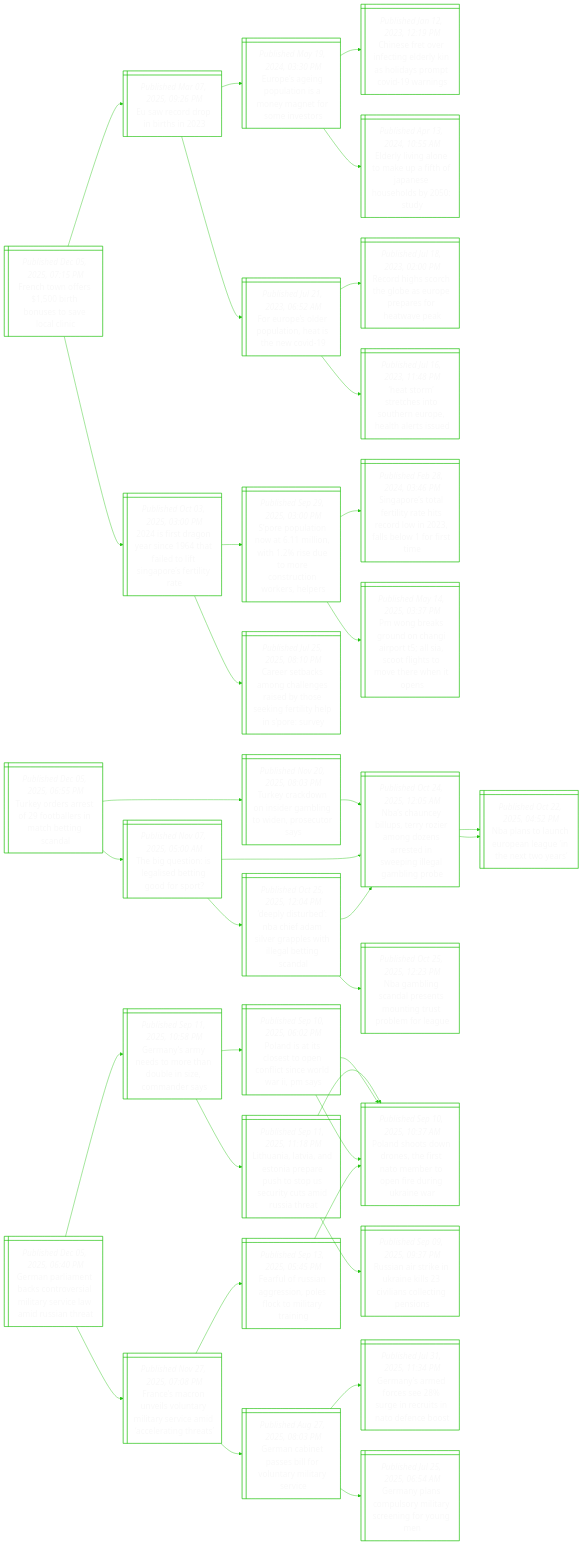
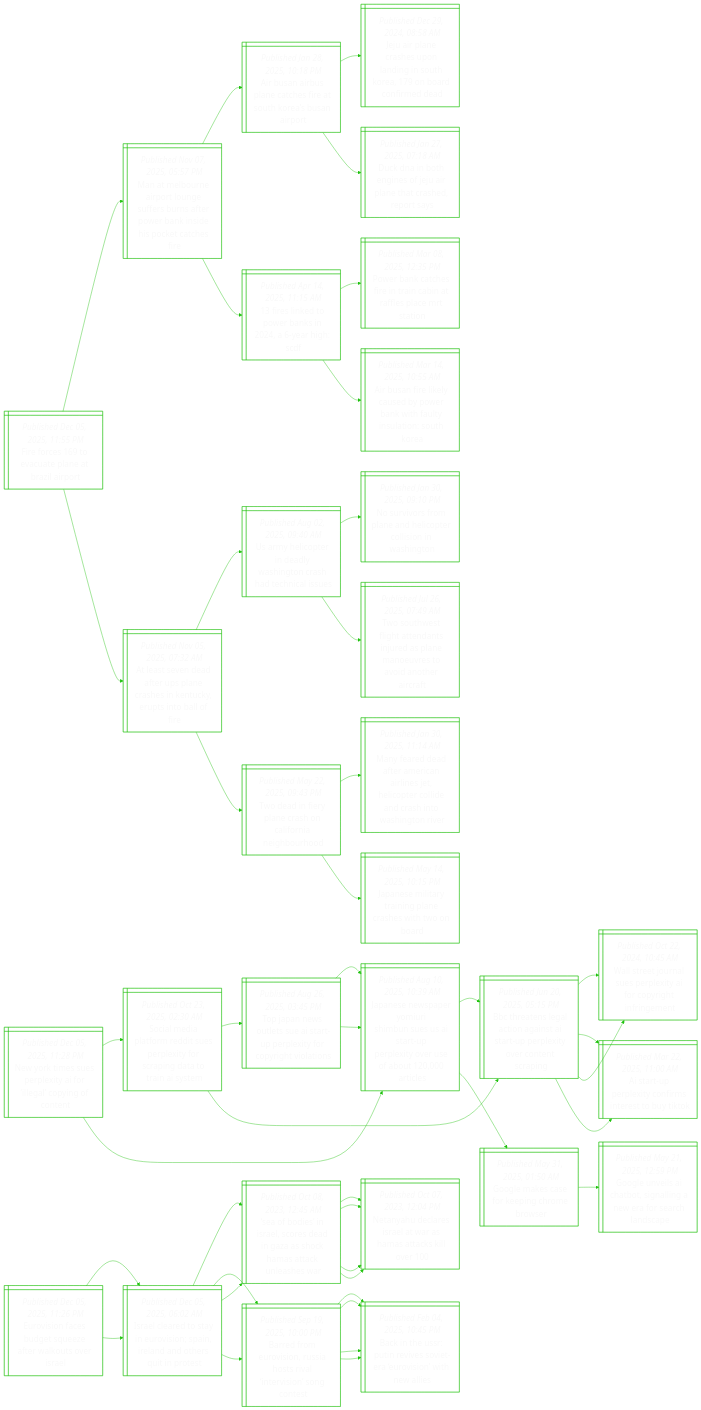
The diagram in README.md (notJmes/notJmes), drawn with Mermaid before and after one commit. The commit also changed other lines of this file, not shown here.

````diff
--- a/README.md
+++ b/README.md
@@ -16,118 +16,139 @@
 flowchart LR
 classDef txtsize font-size:20px;
 
-Fhoshssol@{ shape: win-pane, label: "_Published Dec 05, 2025, 07:15 PM_
-French town offers $1,500 birth bonuses to save local clinic" }
-Erdit@{ shape: win-pane, label: "_Published Mar 07, 2025, 09:26 PM_
-Eu saw record drop in births in 2023" }
-Eeipiayesno@{ shape: win-pane, label: "_Published May 19, 2024, 03:30 PM_
-Europe’s ageing population is a money magnet for some investors" }
-CstitlysdrCwn@{ shape: win-pane, label: "_Published Jan 12, 2023, 12:19 PM_
-Chinese fret over infecting elderly kin as holidays prompt covid-19 warnings" }
-Eliomptassdt@{ shape: win-pane, label: "_Published Apr 13, 2024, 10:55 AM_
-Elderly living alone to make up a fifth of japanese households by 2050: study" }
-Fropahsei@{ shape: win-pane, label: "_Published Jul 21, 2023, 06:52 AM_
-For europe’s older population, heat is the new covid-19" }
-Rdscgaoesevk@{ shape: win-pane, label: "_Published Jul 18, 2023, 02:00 PM_
-Record highs scorch the globe as europe prepares for heatwave peak" }
-HtthttEetrs@{ shape: win-pane, label: "_Published Jul 16, 2023, 11:48 PM_
-‘heat storm’ stretches into southern europe, health alerts issued" }
-isgacteinrrte@{ shape: win-pane, label: "_Published Oct 03, 2025, 03:00 PM_
-2024 is first dragon year since 1964 that failed to lift singapore’s fertility rate" }
-Spanmohdmounel@{ shape: win-pane, label: "_Published Sep 29, 2025, 03:00 PM_
-S’pore population now at 6.11 million, with 1.2% rise due to more construction workers, helpers" }
-Sptflatowllrt@{ shape: win-pane, label: "_Published Feb 28, 2024, 03:46 PM_
-Singapore’s total fertility rate hits record low in 2023, falls below 1 for first time" }
-PgkuCiolSftoeep@{ shape: win-pane, label: "_Published May 14, 2025, 03:37 PM_
-Pm wong breaks ground on changi airport t5; all sia, scoot flights to move there when it opens" }
-Cramhnabskeilpu@{ shape: win-pane, label: "_Published Jul 25, 2025, 08:10 PM_
-Career setbacks among challenges raised by those seeking fertility help in s’pore: survey" }
+Fotcpazr@{ shape: win-pane, label: "_Published Dec 05, 2025, 11:55 PM_
+Fire forces 169 to evacuate plane at brazil airport" }
+MMuitgfufoasiktf@{ shape: win-pane, label: "_Published Nov 07, 2025, 05:57 PM_
+Man at melbourne airport lounge suffers burns after power bank inside his pocket catches fire" }
+Asrlasatesr@{ shape: win-pane, label: "_Published Jan 28, 2025, 10:18 PM_
+Air busan airbus plane catches fire at south korea’s busan airport" }
+Jinspniteooma@{ shape: win-pane, label: "_Published Dec 29, 2024, 08:58 AM_
+Jeju air plane crashes upon landing in south korea, 179 on board confirmed dead" }
+DNogoulhart@{ shape: win-pane, label: "_Published Jan 27, 2025, 07:18 AM_
+Duck dna in both engines of jeju air plane that crashed, report says" }
+fldwnahC@{ shape: win-pane, label: "_Published Apr 14, 2025, 11:15 AM_
+13 fires linked to power banks in 2024, a 6-year high: scdf" }
+Pbasiiiasetn@{ shape: win-pane, label: "_Published Mar 08, 2025, 12:35 PM_
+Power bank catches fire in train cabin at raffles place mrt station" }
+AsreuyrwaiaSK@{ shape: win-pane, label: "_Published Mar 14, 2025, 10:55 AM_
+Air busan fire likely caused by power bank with faulty insulation: south korea" }
+Asedrlrsnytooe@{ shape: win-pane, label: "_Published Nov 05, 2025, 07:32 AM_
+At least seven dead after ups plane crashes in kentucky, erupts into ball of fire" }
+Uycraagrahle@{ shape: win-pane, label: "_Published Aug 02, 2025, 09:40 AM_
+Us army helicopter in deadly washington crash had technical issues" }
+Nvspaltloag@{ shape: win-pane, label: "_Published Jan 30, 2025, 09:10 PM_
+No survivors from plane and helicopter collision in washington" }
+Tusgtnjanoevnrr@{ shape: win-pane, label: "_Published Jul 26, 2025, 07:49 AM_
+Two southwest flight attendants injured as plane manoeuvres to avoid another aircraft" }
+Tailrnfahh@{ shape: win-pane, label: "_Published May 22, 2025, 09:43 PM_
+Two dead in fiery plane crash on california neighbourhood" }
+Medfmaljltlaathoe@{ shape: win-pane, label: "_Published Jan 30, 2025, 11:14 AM_
+Many feared dead after american airlines jet, helicopter collide and crash into washington river" }
+Jelynlrstb@{ shape: win-pane, label: "_Published May 14, 2025, 10:15 PM_
+Japanese military training plane crashes with two on board" }
 
-Fhoshssol:::txtsize --> Erdit:::txtsize
-Erdit:::txtsize --> Eeipiayesno:::txtsize
-Eeipiayesno:::txtsize --> CstitlysdrCwn:::txtsize
-Eeipiayesno:::txtsize --> Eliomptassdt:::txtsize
-Erdit:::txtsize --> Fropahsei:::txtsize
-Fropahsei:::txtsize --> Rdscgaoesevk:::txtsize
-Fropahsei:::txtsize --> HtthttEetrs:::txtsize
-Fhoshssol:::txtsize --> isgacteinrrte:::txtsize
-isgacteinrrte:::txtsize --> Spanmohdmounel:::txtsize
-Spanmohdmounel:::txtsize --> Sptflatowllrt:::txtsize
-Spanmohdmounel:::txtsize --> PgkuCiolSftoeep:::txtsize
-isgacteinrrte:::txtsize --> Cramhnabskeilpu:::txtsize
+Fotcpazr:::txtsize --> MMuitgfufoasiktf:::txtsize
+MMuitgfufoasiktf:::txtsize --> Asrlasatesr:::txtsize
+Asrlasatesr:::txtsize --> Jinspniteooma:::txtsize
+Asrlasatesr:::txtsize --> DNogoulhart:::txtsize
+MMuitgfufoasiktf:::txtsize --> fldwnahC:::txtsize
+fldwnahC:::txtsize --> Pbasiiiasetn:::txtsize
+fldwnahC:::txtsize --> AsreuyrwaiaSK:::txtsize
+Fotcpazr:::txtsize --> Asedrlrsnytooe:::txtsize
+Asedrlrsnytooe:::txtsize --> Uycraagrahle:::txtsize
+Uycraagrahle:::txtsize --> Nvspaltloag:::txtsize
+Uycraagrahle:::txtsize --> Tusgtnjanoevnrr:::txtsize
+Asedrlrsnytooe:::txtsize --> Tailrnfahh:::txtsize
+Tailrnfahh:::txtsize --> Medfmaljltlaathoe:::txtsize
+Tailrnfahh:::txtsize --> Jelynlrstb:::txtsize
 
-Tyrefasttsa@{ shape: win-pane, label: "_Published Dec 05, 2025, 06:55 PM_
-Turkey orders arrest of 29 footballers in match betting scandal" }
-Tykoianirua@{ shape: win-pane, label: "_Published Nov 20, 2025, 08:03 PM_
-Turkey crackdown on insider gambling to widen, prosecutor says" }
-Nheleoadssnplllr@{ shape: win-pane, label: "_Published Oct 24, 2025, 12:05 AM_
-Nba’s chauncey billups, terry rozier among dozens arrested in sweeping illegal gambling probe" }
-Nalhpeinwr@{ shape: win-pane, label: "_Published Oct 22, 2025, 04:52 PM_
-Nba plans to launch european league ‘in the next two years’" }
-Tgtslbndp@{ shape: win-pane, label: "_Published Nov 07, 2025, 05:00 AM_
-The big question: is legalised betting good for sport?" }
-Nheleoadssnplllr@{ shape: win-pane, label: "_Published Oct 24, 2025, 12:05 AM_
-Nba’s chauncey billups, terry rozier among dozens arrested in sweeping illegal gambling probe" }
-Nalhpeinwr@{ shape: win-pane, label: "_Published Oct 22, 2025, 04:52 PM_
-Nba plans to launch european league ‘in the next two years’" }
-DyuNiavasiatcl@{ shape: win-pane, label: "_Published Oct 25, 2025, 12:04 PM_
-‘deeply disturbed’: nba chief adam silver grapples with illegal betting scandal" }
-Nheleoadssnplllr@{ shape: win-pane, label: "_Published Oct 24, 2025, 12:05 AM_
-Nba’s chauncey billups, terry rozier among dozens arrested in sweeping illegal gambling probe" }
-Nmgdestrrme@{ shape: win-pane, label: "_Published Oct 25, 2025, 12:23 PM_
-Nba gambling scandal presents mounting trust problem for league" }
+Nreslyrgpot@{ shape: win-pane, label: "_Published Dec 05, 2025, 11:28 PM_
+New york times sues perplexity ai for ‘illegal’ copying of content" }
+Slafesexoadons@{ shape: win-pane, label: "_Published Oct 23, 2025, 02:30 AM_
+Social media platform reddit sues perplexity for scraping data to train ai system" }
+Tpwlutplyogoo@{ shape: win-pane, label: "_Published Aug 26, 2025, 03:45 PM_
+Top japan news outlets sue ai start-up perplexity for copyright violations" }
+JeweihnUtplyuaal@{ shape: win-pane, label: "_Published Aug 10, 2025, 10:39 AM_
+Japanese newspaper yomiuri shimbun sues us ai start-up perplexity over use of about 120,000 articles" }
+JeweihnUtplyuaal@{ shape: win-pane, label: "_Published Aug 10, 2025, 10:39 AM_
+Japanese newspaper yomiuri shimbun sues us ai start-up perplexity over use of about 120,000 articles" }
+BrnaiaArexvnsi@{ shape: win-pane, label: "_Published Jun 20, 2025, 05:15 PM_
+Bbc threatens legal action against ai start-up perplexity over content scraping" }
+WtJaslyrrinn@{ shape: win-pane, label: "_Published Oct 22, 2024, 10:45 AM_
+Wall street journal sues perplexity ai for copyright infringement" }
+ArexometTk@{ shape: win-pane, label: "_Published Mar 22, 2025, 11:00 AM_
+Ai start-up perplexity confirms interest to buy tiktok" }
+JeweihnUtplyuaal@{ shape: win-pane, label: "_Published Aug 10, 2025, 10:39 AM_
+Japanese newspaper yomiuri shimbun sues us ai start-up perplexity over use of about 120,000 articles" }
+BrnaiaArexvnsi@{ shape: win-pane, label: "_Published Jun 20, 2025, 05:15 PM_
+Bbc threatens legal action against ai start-up perplexity over content scraping" }
+WtJaslyrrinn@{ shape: win-pane, label: "_Published Oct 22, 2024, 10:45 AM_
+Wall street journal sues perplexity ai for copyright infringement" }
+ArexometTk@{ shape: win-pane, label: "_Published Mar 22, 2025, 11:00 AM_
+Ai start-up perplexity confirms interest to buy tiktok" }
+GesfeCes@{ shape: win-pane, label: "_Published May 31, 2025, 01:50 AM_
+Google makes case for keeping chrome browser" }
+Geiconnwornp@{ shape: win-pane, label: "_Published May 21, 2025, 12:59 PM_
+Google unveils ai chatbot, signalling a new era for search landscape" }
 
-Tyrefasttsa:::txtsize --> Tykoianirua:::txtsize
-Tykoianirua:::txtsize --> Nheleoadssnplllr:::txtsize
-Nheleoadssnplllr:::txtsize --> Nalhpeinwr:::txtsize
-Tyrefasttsa:::txtsize --> Tgtslbndp:::txtsize
-Tgtslbndp:::txtsize --> Nheleoadssnplllr:::txtsize
-Nheleoadssnplllr:::txtsize --> Nalhpeinwr:::txtsize
-Tgtslbndp:::txtsize --> DyuNiavasiatcl:::txtsize
-DyuNiavasiatcl:::txtsize --> Nheleoadssnplllr:::txtsize
-DyuNiavasiatcl:::txtsize --> Nmgdestrrme:::txtsize
+Nreslyrgpot:::txtsize --> Slafesexoadons:::txtsize
+Slafesexoadons:::txtsize --> Tpwlutplyogoo:::txtsize
+Tpwlutplyogoo:::txtsize --> JeweihnUtplyuaal:::txtsize
+Tpwlutplyogoo:::txtsize --> JeweihnUtplyuaal:::txtsize
+Slafesexoadons:::txtsize --> BrnaiaArexvnsi:::txtsize
+BrnaiaArexvnsi:::txtsize --> WtJaslyrrinn:::txtsize
+BrnaiaArexvnsi:::txtsize --> ArexometTk:::txtsize
+Nreslyrgpot:::txtsize --> JeweihnUtplyuaal:::txtsize
+JeweihnUtplyuaal:::txtsize --> BrnaiaArexvnsi:::txtsize
+BrnaiaArexvnsi:::txtsize --> WtJaslyrrinn:::txtsize
+BrnaiaArexvnsi:::txtsize --> ArexometTk:::txtsize
+JeweihnUtplyuaal:::txtsize --> GesfeCes:::txtsize
+GesfeCes:::txtsize --> Geiconnwornp:::txtsize
 
-Gnitsrsirvadir@{ shape: win-pane, label: "_Published Dec 05, 2025, 06:40 PM_
-German parliament backs controversial military service law amid russian threat" }
-Gnmdoabsody@{ shape: win-pane, label: "_Published Sep 11, 2025, 10:58 PM_
-Germany’s army needs to more than double in size, commander says" }
-LaaatprhoetsRaa@{ shape: win-pane, label: "_Published Sep 11, 2025, 11:18 PM_
-Lithuania, latvia, and estonia prepare push to stop us security cuts amid russia threat" }
-PdtnefNetndgir@{ shape: win-pane, label: "_Published Sep 10, 2025, 10:37 AM_
-Poland shoots down drones, the first nato member to open fire during ukraine war" }
-Raserkcioten@{ shape: win-pane, label: "_Published Sep 09, 2025, 09:37 PM_
-Russian air strike in ukraine kills 23 civilians collecting pensions" }
-PdiotnlioaM@{ shape: win-pane, label: "_Published Sep 10, 2025, 06:02 PM_
-Poland is at its closest to open conflict since world war ii, pm says" }
-PdtnefNetndgir@{ shape: win-pane, label: "_Published Sep 10, 2025, 10:37 AM_
-Poland shoots down drones, the first nato member to open fire during ukraine war" }
-PdtnefNetndgir@{ shape: win-pane, label: "_Published Sep 10, 2025, 10:37 AM_
-Poland shoots down drones, the first nato member to open fire during ukraine war" }
-Fervvtirvmcatt@{ shape: win-pane, label: "_Published Nov 27, 2025, 07:08 PM_
-France’s macron unveils voluntary military service amid ‘accelerating threats’" }
-Gnnsirnmar@{ shape: win-pane, label: "_Published Aug 27, 2025, 08:03 PM_
-German cabinet passes bill for voluntary military service" }
-Gnmregetafb@{ shape: win-pane, label: "_Published Jul 31, 2025, 11:34 PM_
-Germany’s armed forces see 28% surge in recruits in nato defence boost" }
-Gnnprisnon@{ shape: win-pane, label: "_Published Jul 25, 2025, 06:54 AM_
-Germany plans compulsory military screening for young men" }
-Fuunensklyn@{ shape: win-pane, label: "_Published Sep 13, 2025, 05:45 PM_
-Fearful of russian aggression, poles flock to military training" }
-PdtnefNetndgir@{ shape: win-pane, label: "_Published Sep 10, 2025, 10:37 AM_
-Poland shoots down drones, the first nato member to open fire during ukraine war" }
+EifbtetlsIl@{ shape: win-pane, label: "_Published Dec 05, 2025, 11:26 PM_
+Eurovision faces budget squeeze after walkouts over israel" }
+Ilrsnvnnadrto@{ shape: win-pane, label: "_Published Dec 05, 2025, 06:02 AM_
+Israel cleared to stay in eurovision; spain, ireland and others quit in protest" }
+Sbsrcdnacaale@{ shape: win-pane, label: "_Published Oct 08, 2023, 12:45 AM_
+‘sea of bodies’ in israel, scores dead in gaza as shock hamas attack unleashes war" }
+NyeeawHakl@{ shape: win-pane, label: "_Published Oct 07, 2023, 12:04 PM_
+Netanyahu declares israel at war as hamas attacks kill over 100" }
+NyeeawHakl@{ shape: win-pane, label: "_Published Oct 07, 2023, 12:04 PM_
+Netanyahu declares israel at war as hamas attacks kill over 100" }
+BdEiRaslroge@{ shape: win-pane, label: "_Published Sep 19, 2025, 10:00 PM_
+Barred from eurovision, russia hosts rival ‘intervision’ song contest" }
+BnStvStusiwe@{ shape: win-pane, label: "_Published Feb 04, 2025, 10:45 PM_
+Back in the ussr: putin revives soviet-era ‘eurovision’ with new allies" }
+BnStvStusiwe@{ shape: win-pane, label: "_Published Feb 04, 2025, 10:45 PM_
+Back in the ussr: putin revives soviet-era ‘eurovision’ with new allies" }
+Ilrsnvnnadrto@{ shape: win-pane, label: "_Published Dec 05, 2025, 06:02 AM_
+Israel cleared to stay in eurovision; spain, ireland and others quit in protest" }
+Sbsrcdnacaale@{ shape: win-pane, label: "_Published Oct 08, 2023, 12:45 AM_
+‘sea of bodies’ in israel, scores dead in gaza as shock hamas attack unleashes war" }
+NyeeawHakl@{ shape: win-pane, label: "_Published Oct 07, 2023, 12:04 PM_
+Netanyahu declares israel at war as hamas attacks kill over 100" }
+NyeeawHakl@{ shape: win-pane, label: "_Published Oct 07, 2023, 12:04 PM_
+Netanyahu declares israel at war as hamas attacks kill over 100" }
+BdEiRaslroge@{ shape: win-pane, label: "_Published Sep 19, 2025, 10:00 PM_
+Barred from eurovision, russia hosts rival ‘intervision’ song contest" }
+BnStvStusiwe@{ shape: win-pane, label: "_Published Feb 04, 2025, 10:45 PM_
+Back in the ussr: putin revives soviet-era ‘eurovision’ with new allies" }
+BnStvStusiwe@{ shape: win-pane, label: "_Published Feb 04, 2025, 10:45 PM_
+Back in the ussr: putin revives soviet-era ‘eurovision’ with new allies" }
 
-Gnitsrsirvadir:::txtsize --> Gnmdoabsody:::txtsize
-Gnmdoabsody:::txtsize --> LaaatprhoetsRaa:::txtsize
-LaaatprhoetsRaa:::txtsize --> PdtnefNetndgir:::txtsize
-LaaatprhoetsRaa:::txtsize --> Raserkcioten:::txtsize
-Gnmdoabsody:::txtsize --> PdiotnlioaM:::txtsize
-PdiotnlioaM:::txtsize --> PdtnefNetndgir:::txtsize
-PdiotnlioaM:::txtsize --> PdtnefNetndgir:::txtsize
-Gnitsrsirvadir:::txtsize --> Fervvtirvmcatt:::txtsize
-Fervvtirvmcatt:::txtsize --> Gnnsirnmar:::txtsize
-Gnnsirnmar:::txtsize --> Gnmregetafb:::txtsize
-Gnnsirnmar:::txtsize --> Gnnprisnon:::txtsize
-Fervvtirvmcatt:::txtsize --> Fuunensklyn:::txtsize
-Fuunensklyn:::txtsize --> PdtnefNetndgir:::txtsize
+EifbtetlsIl:::txtsize --> Ilrsnvnnadrto:::txtsize
+Ilrsnvnnadrto:::txtsize --> Sbsrcdnacaale:::txtsize
+Sbsrcdnacaale:::txtsize --> NyeeawHakl:::txtsize
+Sbsrcdnacaale:::txtsize --> NyeeawHakl:::txtsize
+Ilrsnvnnadrto:::txtsize --> BdEiRaslroge:::txtsize
+BdEiRaslroge:::txtsize --> BnStvStusiwe:::txtsize
+BdEiRaslroge:::txtsize --> BnStvStusiwe:::txtsize
+EifbtetlsIl:::txtsize --> Ilrsnvnnadrto:::txtsize
+Ilrsnvnnadrto:::txtsize --> Sbsrcdnacaale:::txtsize
+Sbsrcdnacaale:::txtsize --> NyeeawHakl:::txtsize
+Sbsrcdnacaale:::txtsize --> NyeeawHakl:::txtsize
+Ilrsnvnnadrto:::txtsize --> BdEiRaslroge:::txtsize
+BdEiRaslroge:::txtsize --> BnStvStusiwe:::txtsize
+BdEiRaslroge:::txtsize --> BnStvStusiwe:::txtsize
 
 ```
````
